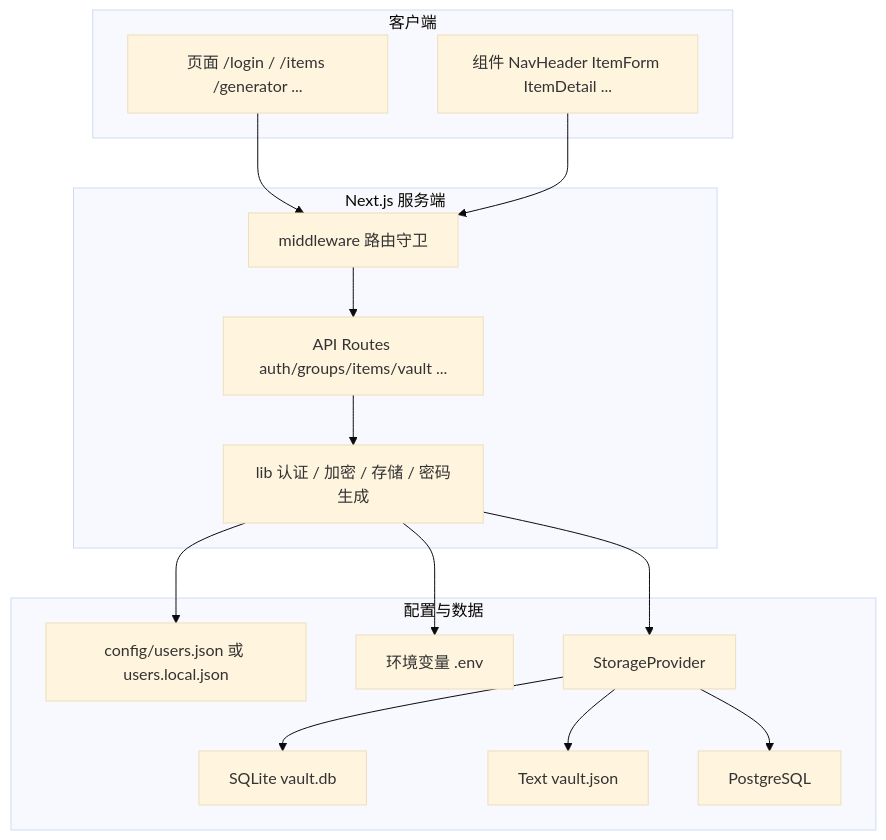
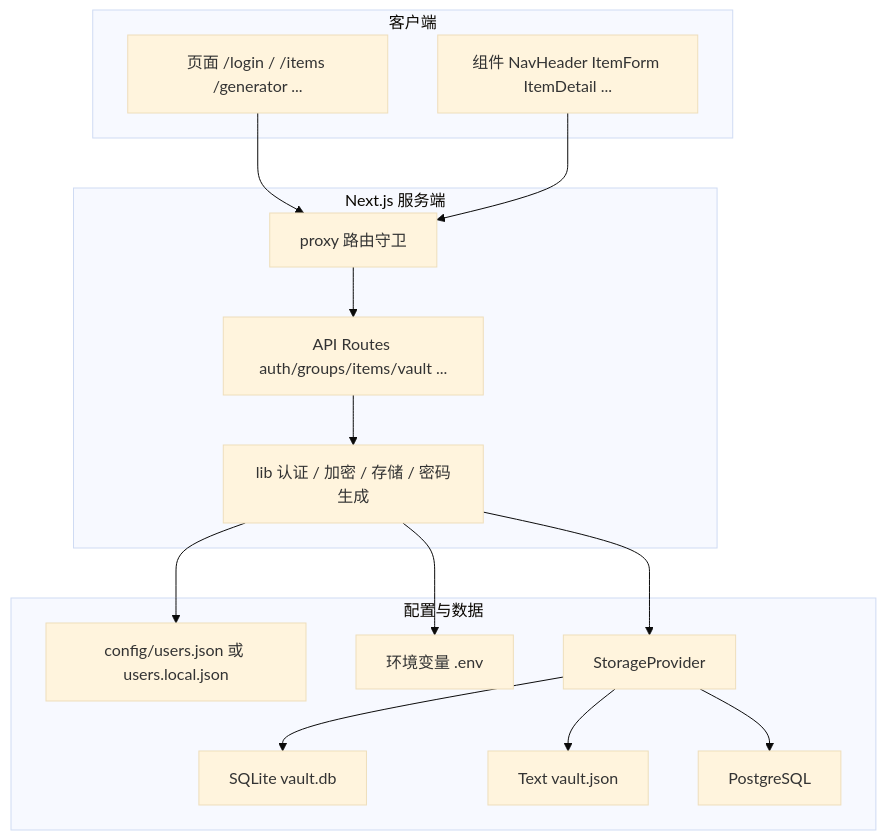
The first of 5 diagrams in WIKI.zh-CN.md (dinghongfei/LockPass), drawn with Mermaid (base theme) before and after one commit. The commit also changed other lines of this file and 2 other files, not shown here.

Commit message:
Rename middleware to proxy for Next.js 16 file convention.

````diff
--- a/WIKI.zh-CN.md
+++ b/WIKI.zh-CN.md
@@ -44,33 +44,33 @@
 ```mermaid
 flowchart TB
     subgraph client [客户端]
         Pages["页面 /login / /items /generator ..."]
         Components["组件 NavHeader ItemForm ItemDetail ..."]
     end
 
     subgraph nextjs [Next.js 服务端]
-        MW["middleware 路由守卫"]
+        MW["proxy 路由守卫"]
         API["API Routes auth/groups/items/vault ..."]
         Lib["lib 认证 / 加密 / 存储 / 密码生成"]
     end
 
     subgraph data [配置与数据]
         Users["config/users.json 或 users.local.json"]
         Env["环境变量 .env"]
         Store["StorageProvider"]
         B1["SQLite vault.db"]
         B2["Text vault.json"]
         B3["PostgreSQL"]
     end
 
     Pages --> MW
     Components --> MW
     MW --> API
     API --> Lib
     Lib --> Users
     Lib --> Env
     Lib --> Store
     Store --> B1
     Store --> B2
     Store --> B3
 ```
````
